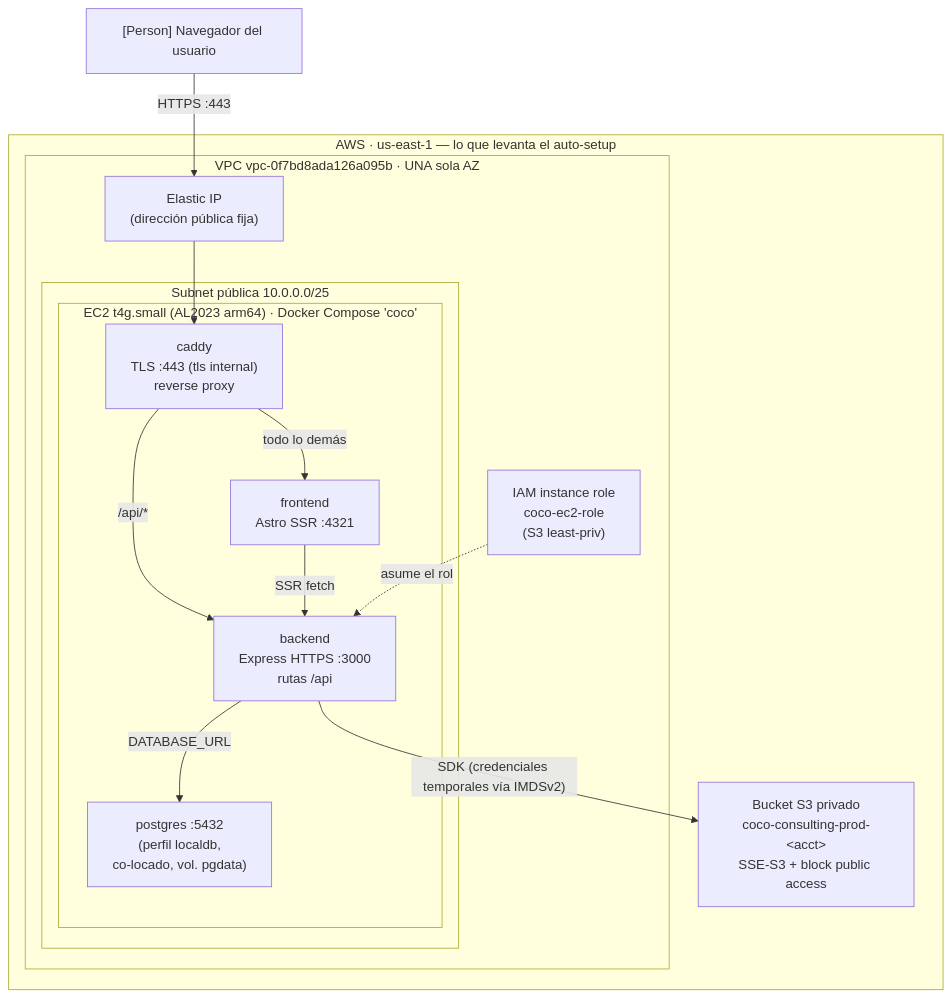
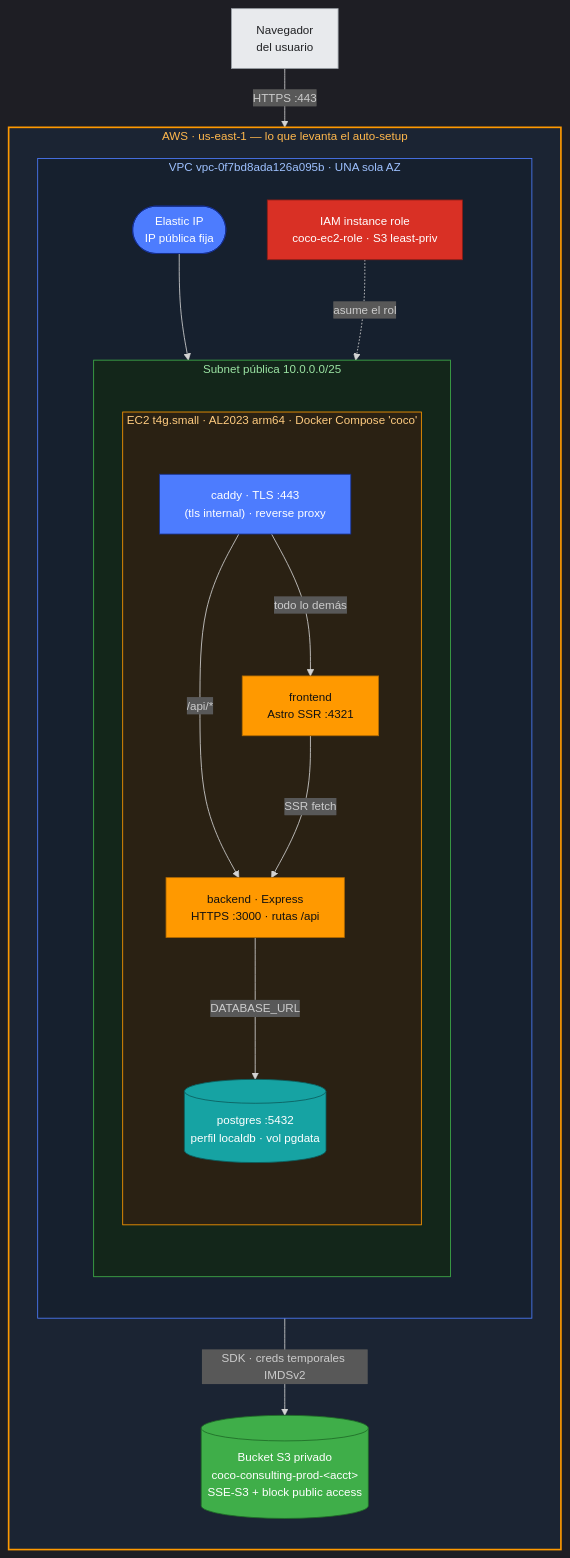
One commit to coconsulting2/cocowiki changed the first of 2 diagrams in docs/arquitectura-datos/arquitectura-nube.md. Above: the diagram before and after it, drawn with Mermaid. The commit also changed other lines of this file, not shown here.

First line of the commit message:
docs: richer cloud diagrams (dark theme, AWS-palette classes, grouped subgraphs)

````diff
--- a/docs/arquitectura-datos/arquitectura-nube.md
+++ b/docs/arquitectura-datos/arquitectura-nube.md
@@ -29,29 +29,44 @@
 ```mermaid
+%%{init: {'theme':'dark','flowchart':{'curve':'basis'},'themeVariables':{'fontSize':'14px'}}}%%
 flowchart TB
-  Browser["[Person] Navegador del usuario"]
+  Browser["Navegador<br/>del usuario"]:::user
 
-  subgraph aws [AWS · us-east-1 — lo que levanta el auto-setup]
-    subgraph vpc [VPC vpc-0f7bd8ada126a095b · UNA sola AZ]
-      EIP["Elastic IP<br/>(dirección pública fija)"]
-      subgraph subnet [Subnet pública 10.0.0.0/25]
-        subgraph ec2 ["EC2 t4g.small (AL2023 arm64) · Docker Compose 'coco'"]
-          Caddy["caddy<br/>TLS :443 (tls internal)<br/>reverse proxy"]
-          FE["frontend<br/>Astro SSR :4321"]
-          BE["backend<br/>Express HTTPS :3000<br/>rutas /api"]
-          PG["postgres :5432<br/>(perfil localdb,<br/>co-locado, vol. pgdata)"]
+  subgraph aws["AWS · us-east-1 — lo que levanta el auto-setup"]
+    direction TB
+    subgraph vpc["VPC vpc-0f7bd8ada126a095b · UNA sola AZ"]
+      direction TB
+      EIP(["Elastic IP<br/>IP pública fija"]):::net
+      subgraph subnet["Subnet pública 10.0.0.0/25"]
+        direction TB
+        subgraph ec2["EC2 t4g.small · AL2023 arm64 · Docker Compose 'coco'"]
+          direction TB
+          Caddy["caddy · TLS :443<br/>(tls internal) · reverse proxy"]:::net
+          FE["frontend<br/>Astro SSR :4321"]:::compute
+          BE["backend · Express<br/>HTTPS :3000 · rutas /api"]:::compute
+          PG[("postgres :5432<br/>perfil localdb · vol pgdata")]:::db
         end
       end
-      Role["IAM instance role<br/>coco-ec2-role<br/>(S3 least-priv)"]
+      Role["IAM instance role<br/>coco-ec2-role · S3 least-priv"]:::security
     end
-    S3["Bucket S3 privado<br/>coco-consulting-prod-&lt;acct&gt;<br/>SSE-S3 + block public access"]
+    S3[("Bucket S3 privado<br/>coco-consulting-prod-&lt;acct&gt;<br/>SSE-S3 + block public access")]:::storage
   end
 
-  Browser -->|HTTPS :443| EIP
-  EIP --> Caddy
+  Browser -->|HTTPS :443| EIP --> Caddy
   Caddy -->|"/api/*"| BE
   Caddy -->|"todo lo demás"| FE
   FE -->|SSR fetch| BE
   BE -->|DATABASE_URL| PG
-  BE -->|"SDK (credenciales temporales vía IMDSv2)"| S3
+  BE -->|"SDK · creds temporales IMDSv2"| S3
   Role -.->|asume el rol| BE
+
+  classDef user fill:#e8eaed,stroke:#9aa0a6,color:#202124
+  classDef net fill:#4d7cfe,stroke:#16308f,color:#ffffff
+  classDef compute fill:#ff9900,stroke:#b36b00,color:#111111
+  classDef storage fill:#3fae49,stroke:#1f6b27,color:#ffffff
+  classDef db fill:#16a3a3,stroke:#0c5e5e,color:#ffffff
+  classDef security fill:#d93025,stroke:#8c1d16,color:#ffffff
+  style aws fill:#1b2433,stroke:#ff9900,stroke-width:2px,color:#ffb84d
+  style vpc fill:#16202e,stroke:#4d7cfe,color:#9ec1ff
+  style subnet fill:#13261a,stroke:#3fae49,color:#9be3a3
+  style ec2 fill:#2a2113,stroke:#ff9900,color:#ffcc80
 ```
````
